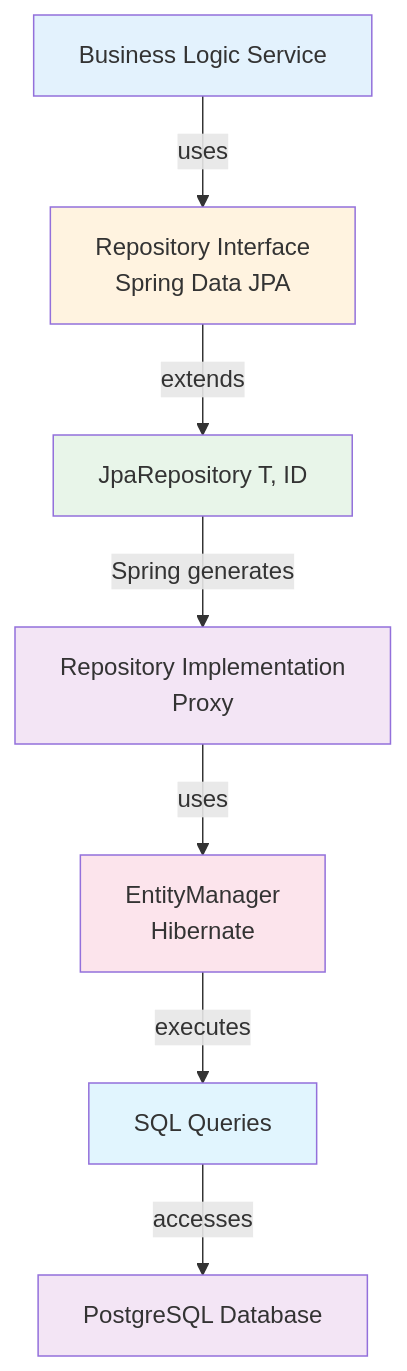
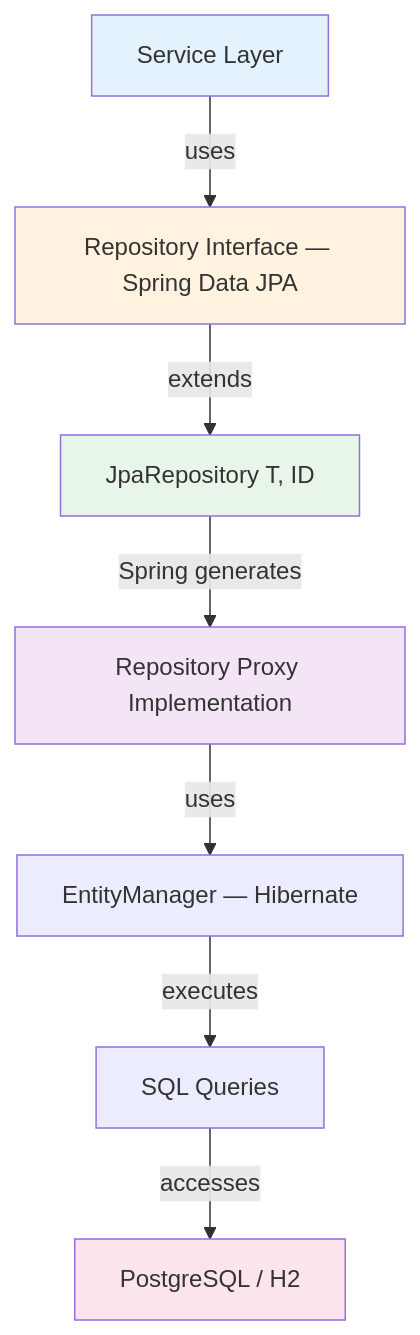
The diagram in docs/architecture/patterns/repository-pattern.md (Keglev/stockease), drawn with Mermaid before and after one commit. The commit also changed other lines of this file and 45 other files, not shown here.

Commit message:
refactored and reviewed all architecture docs; fix broken links in .html file for displaying the docs

````diff
--- a/docs/architecture/patterns/repository-pattern.md
+++ b/docs/architecture/patterns/repository-pattern.md
@@ -11,17 +9,15 @@
 ```mermaid
 graph TD
-    A[Business Logic Service] -->|uses| B[Repository Interface<br/>Spring Data JPA]
+    A[Service Layer] -->|uses| B[Repository Interface — Spring Data JPA]
     B -->|extends| C[JpaRepository T, ID]
-    C -->|Spring generates| D[Repository Implementation<br/>Proxy]
-    D -->|uses| E[EntityManager<br/>Hibernate]
+    C -->|Spring generates| D[Repository Proxy Implementation]
+    D -->|uses| E[EntityManager — Hibernate]
     E -->|executes| F[SQL Queries]
-    F -->|accesses| G[PostgreSQL Database]
-    
+    F -->|accesses| G[PostgreSQL / H2]
+
     style A fill:#e3f2fd
     style B fill:#fff3e0
     style C fill:#e8f5e9
     style D fill:#f3e5f5
-    style E fill:#fce4ec
-    style F fill:#e1f5fe
-    style G fill:#f3e5f5
+    style G fill:#fce4ec
 ```
````
